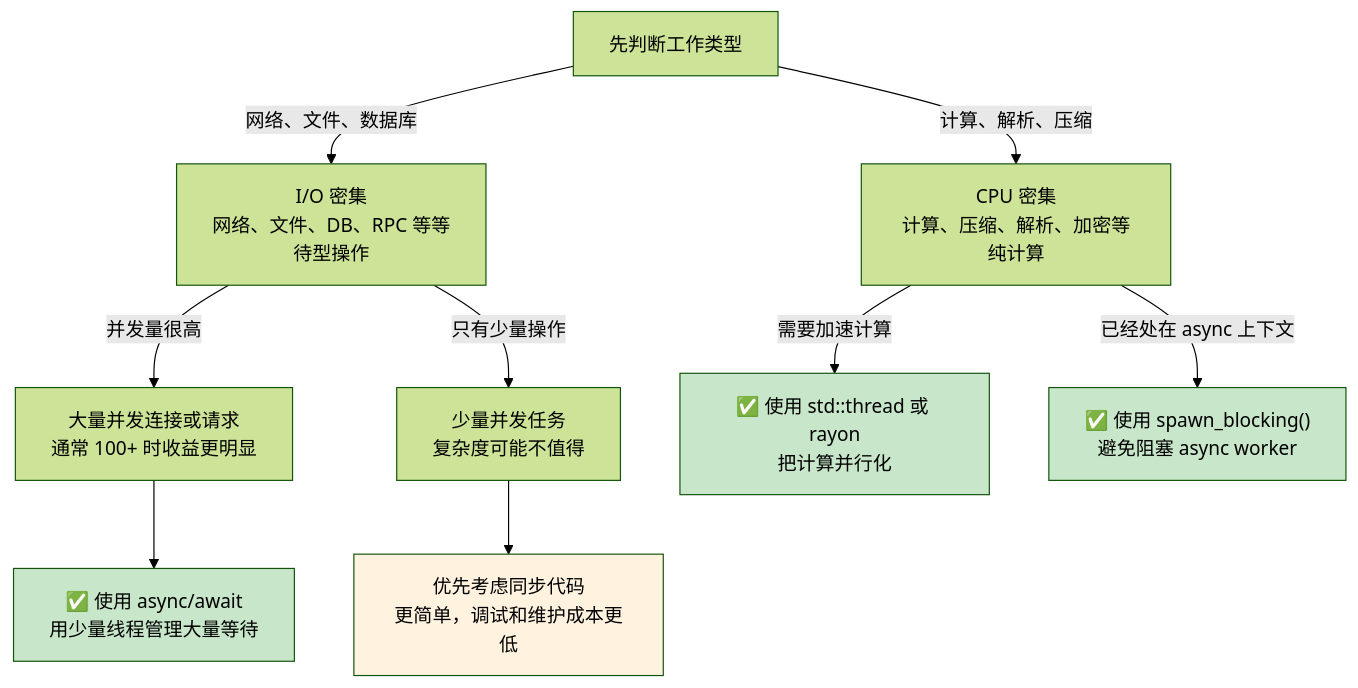
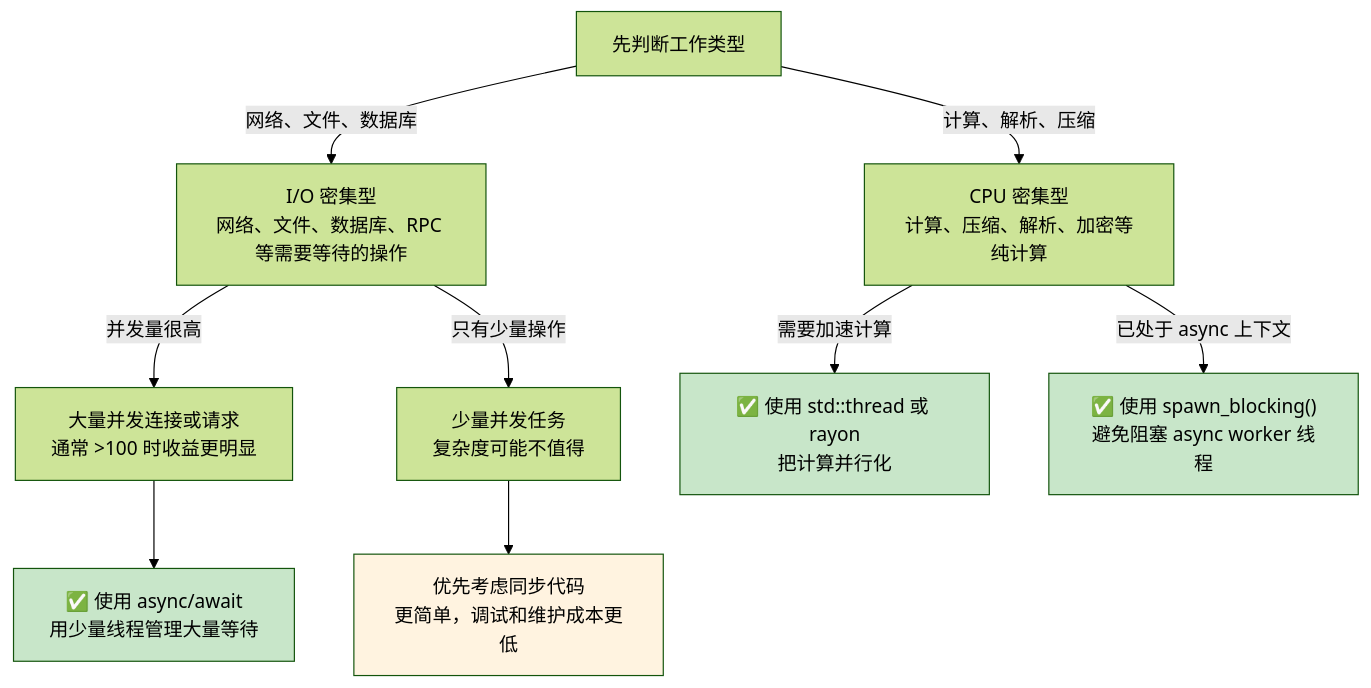
One commit to hearsay316/RustTraining changed the second of 2 diagrams in async-book/src-zh/ch01-why-async-is-different-in-rust.md. Above: the diagram before and after it, drawn with Mermaid (forest theme). The commit also changed other lines of this file and 20 other files, not shown here.

````diff
--- a/async-book/src-zh/ch01-why-async-is-different-in-rust.md
+++ b/async-book/src-zh/ch01-why-async-is-different-in-rust.md
@@ -107,28 +121,28 @@
 ```mermaid
 graph TD
     START["先判断工作类型"]
 
-    IO["I/O 密集<br/>网络、文件、DB、RPC 等等待型操作"]
-    CPU["CPU 密集<br/>计算、压缩、解析、加密等纯计算"]
-    MANY["大量并发连接或请求<br/>通常 100+ 时收益更明显"]
+    IO["I/O 密集型<br/>网络、文件、数据库、RPC 等需要等待的操作"]
+    CPU["CPU 密集型<br/>计算、压缩、解析、加密等纯计算"]
+    MANY["大量并发连接或请求<br/>通常 >100 时收益更明显"]
     FEW["少量并发任务<br/>复杂度可能不值得"]
 
     USE_ASYNC["✅ 使用 async/await<br/>用少量线程管理大量等待"]
     USE_THREADS["✅ 使用 std::thread 或 rayon<br/>把计算并行化"]
-    USE_SPAWN_BLOCKING["✅ 使用 spawn_blocking()<br/>避免阻塞 async worker"]
+    USE_SPAWN_BLOCKING["✅ 使用 spawn_blocking()<br/>避免阻塞 async worker 线程"]
     MAYBE_SYNC["优先考虑同步代码<br/>更简单，调试和维护成本更低"]
 
     START -->|网络、文件、数据库| IO
     START -->|计算、解析、压缩| CPU
     IO -->|并发量很高| MANY
     IO -->|只有少量操作| FEW
     MANY --> USE_ASYNC
     FEW --> MAYBE_SYNC
     CPU -->|需要加速计算| USE_THREADS
-    CPU -->|已经处在 async 上下文| USE_SPAWN_BLOCKING
+    CPU -->|已处于 async 上下文| USE_SPAWN_BLOCKING
 
     style USE_ASYNC fill:#c8e6c9,color:#000
     style USE_THREADS fill:#c8e6c9,color:#000
     style USE_SPAWN_BLOCKING fill:#c8e6c9,color:#000
     style MAYBE_SYNC fill:#fff3e0,color:#000
 ```
````
